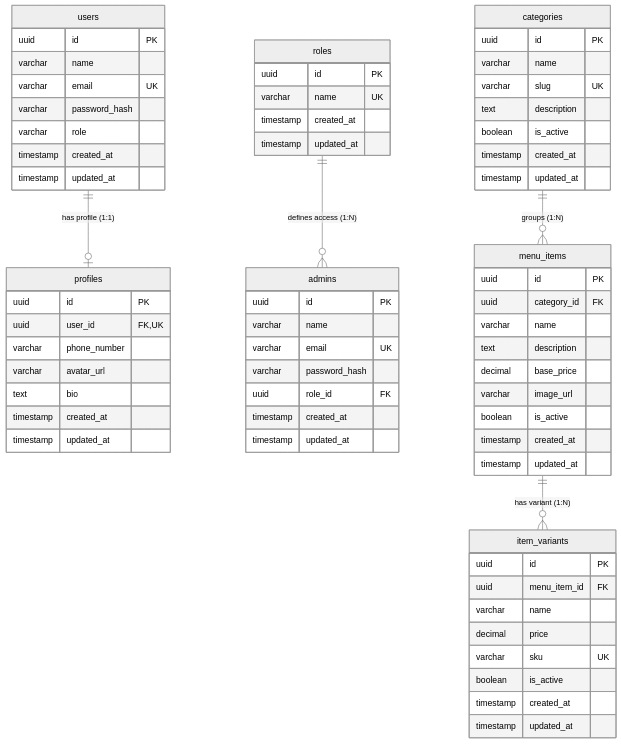
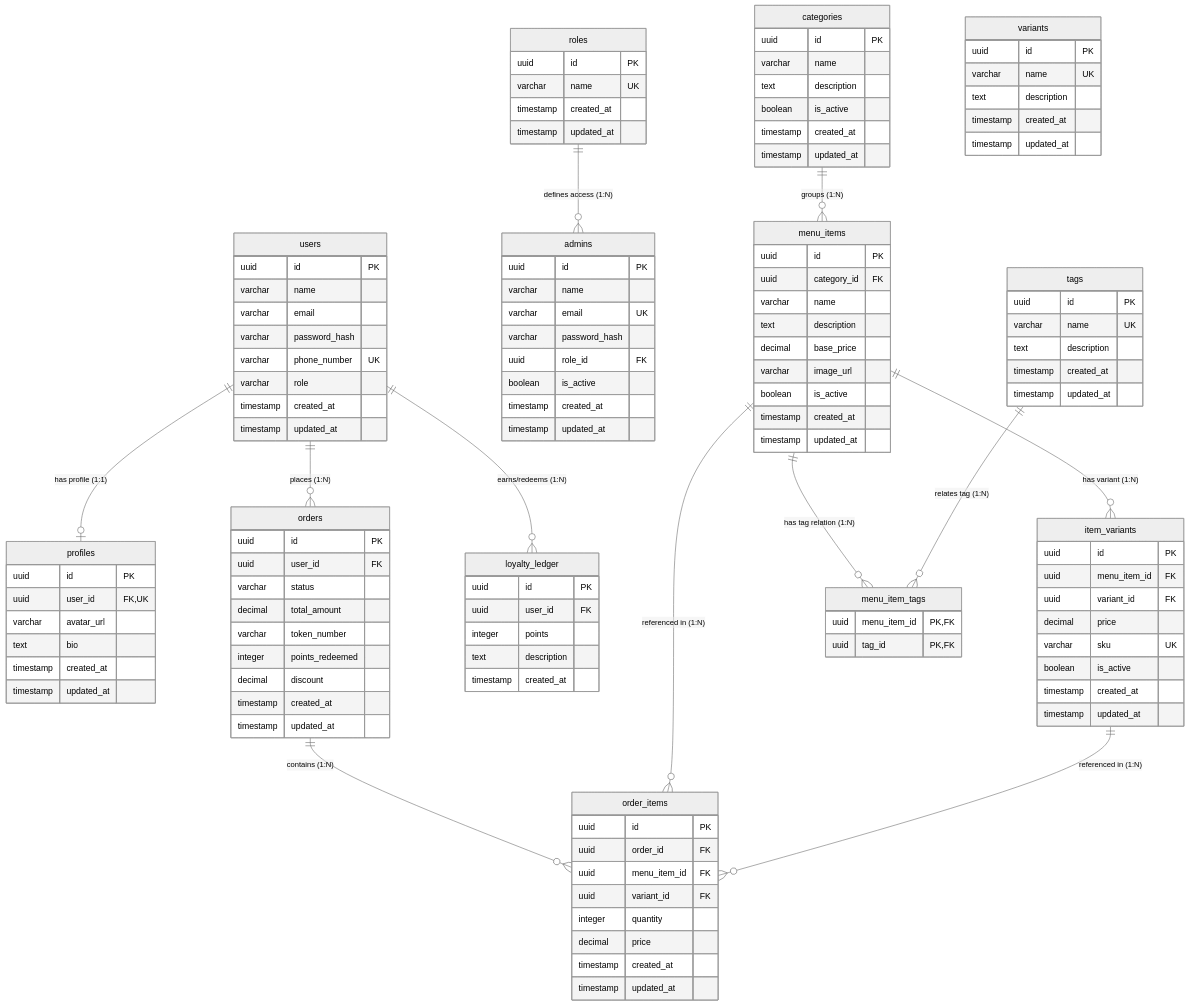
One commit to ritwiksinghyadav/bean-club-resturant-pos-backend changed the diagram in schema_reference.md. Above: the diagram before and after it, drawn with Mermaid (neutral theme). The commit also changed other lines of this file and 9 other files, not shown here.

Commit message:
feat: implement admin authentication, role-based access control, and comprehensive backend management routes for menu, orders, and users.

````diff
--- a/schema_reference.md
+++ b/schema_reference.md
@@ -11,15 +11,23 @@
 ```mermaid
 erDiagram
     users ||--o| profiles : "has profile (1:1)"
+    users ||--o{ orders : "places (1:N)"
+    users ||--o{ loyalty_ledger : "earns/redeems (1:N)"
     roles ||--o{ admins : "defines access (1:N)"
     categories ||--o{ menu_items : "groups (1:N)"
     menu_items ||--o{ item_variants : "has variant (1:N)"
+    menu_items ||--o{ menu_item_tags : "has tag relation (1:N)"
+    tags ||--o{ menu_item_tags : "relates tag (1:N)"
+    orders ||--o{ order_items : "contains (1:N)"
+    menu_items ||--o{ order_items : "referenced in (1:N)"
+    item_variants ||--o{ order_items : "referenced in (1:N)"
 
     users {
         uuid id PK
         varchar name
-        varchar email UK
+        varchar email
         varchar password_hash
+        varchar phone_number UK
         varchar role
         timestamp created_at
         timestamp updated_at
@@ -28,7 +36,6 @@
     profiles {
         uuid id PK
         uuid user_id FK, UK
-        varchar phone_number
         varchar avatar_url
         text bio
         timestamp created_at
@@ -48,6 +55,7 @@
         varchar email UK
         varchar password_hash
         uuid role_id FK
+        boolean is_active
         timestamp created_at
         timestamp updated_at
     }
@@ -55,7 +63,6 @@
     categories {
         uuid id PK
         varchar name
-        varchar slug UK
         text description
         boolean is_active
         timestamp created_at
@@ -74,14 +81,66 @@
         timestamp updated_at
     }
 
+    tags {
+        uuid id PK
+        varchar name UK
+        text description
+        timestamp created_at
+        timestamp updated_at
+    }
+
+    menu_item_tags {
+        uuid menu_item_id PK, FK
+        uuid tag_id PK, FK
+    }
+
+    variants {
+        uuid id PK
+        varchar name UK
+        text description
+        timestamp created_at
+        timestamp updated_at
+    }
+
     item_variants {
         uuid id PK
         uuid menu_item_id FK
-        varchar name
+        uuid variant_id FK
         decimal price
         varchar sku UK
         boolean is_active
         timestamp created_at
         timestamp updated_at
     }
+
+    orders {
+        uuid id PK
+        uuid user_id FK
+        varchar status
+        decimal total_amount
+        varchar token_number
+        integer points_redeemed
+        decimal discount
+        timestamp created_at
+        timestamp updated_at
+    }
+
+    order_items {
+        uuid id PK
+        uuid order_id FK
+        uuid menu_item_id FK
+        uuid variant_id FK
+        integer quantity
+        decimal price
+        timestamp created_at
+        timestamp updated_at
+    }
+
+    loyalty_ledger {
+        uuid id PK
+        uuid user_id FK
+        integer points
+        text description
+        timestamp created_at
+    }
 ```
````
